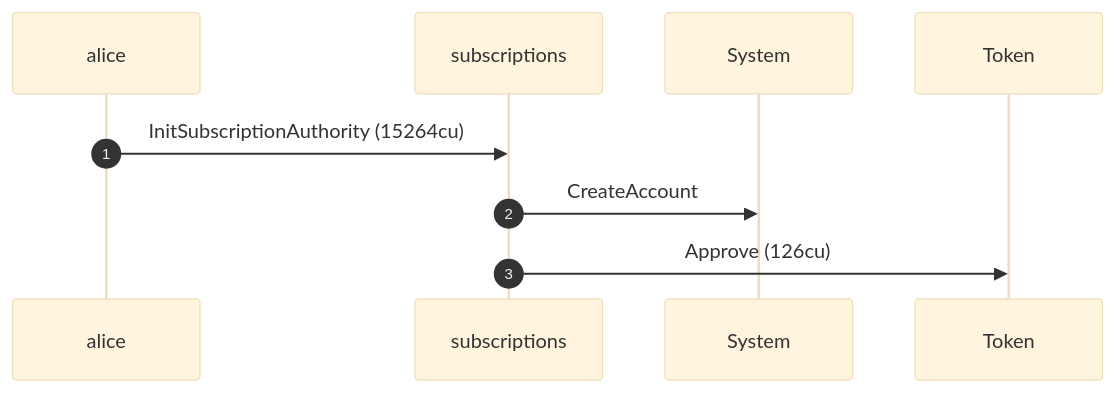
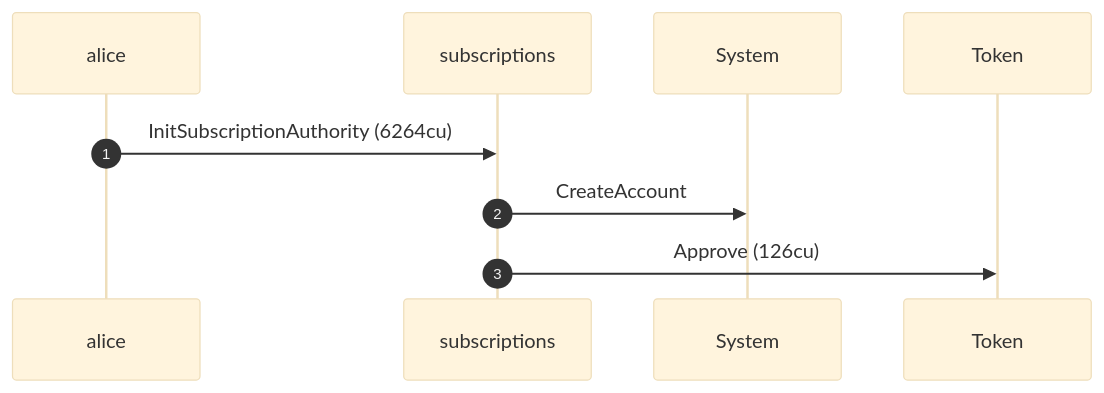
One commit to cds-rs/subscriptions changed the first of 4 diagrams in dsl_tests/close-with-the-wrong-receiver-is-unauthorized.md. Above: the diagram before and after it, drawn with Mermaid (base theme). The commit also changed other lines of this file and 224 other files, not shown here.

````diff
--- a/dsl_tests/close-with-the-wrong-receiver-is-unauthorized.md
+++ b/dsl_tests/close-with-the-wrong-receiver-is-unauthorized.md
@@ -23,11 +24,11 @@
 ```mermaid
 sequenceDiagram
     autonumber
     participant alice
     participant subscriptions
     participant System
     participant Token
-    alice ->> subscriptions: InitSubscriptionAuthority (15264cu)
+    alice ->> subscriptions: InitSubscriptionAuthority (6264cu)
     subscriptions ->> System: CreateAccount
     subscriptions ->> Token: Approve (126cu)
 ```
````
